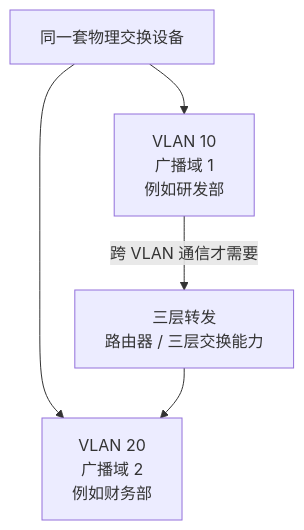
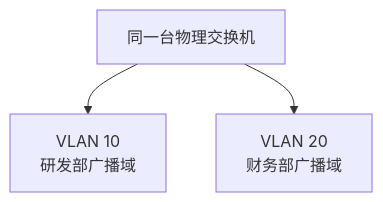
One commit to 74262195/system-architect-notes changed the diagram in 01_综合知识/01_计算机系统基础知识/03_计算机网络/04_局域网与二层技术/VLAN与广播域.md. Above: the diagram before and after it, drawn with Mermaid. The commit also changed other lines of this file, not shown here.

````diff
--- a/01_综合知识/01_计算机系统基础知识/03_计算机网络/04_局域网与二层技术/VLAN与广播域.md
+++ b/01_综合知识/01_计算机系统基础知识/03_计算机网络/04_局域网与二层技术/VLAN与广播域.md
@@ -44,8 +60,6 @@
 ```mermaid
 flowchart TB
-  S["同一套物理交换设备"]
-  S --> V10["VLAN 10<br/>广播域 1<br/>例如研发部"]
-  S --> V20["VLAN 20<br/>广播域 2<br/>例如财务部"]
-  V10 -->|"跨 VLAN 通信才需要"| L3["三层转发<br/>路由器 / 三层交换能力"]
-  L3 --> V20
+    S[同一台物理交换机]
+    S --> V10[VLAN 10<br/>研发部广播域]
+    S --> V20[VLAN 20<br/>财务部广播域]
 ```
````
